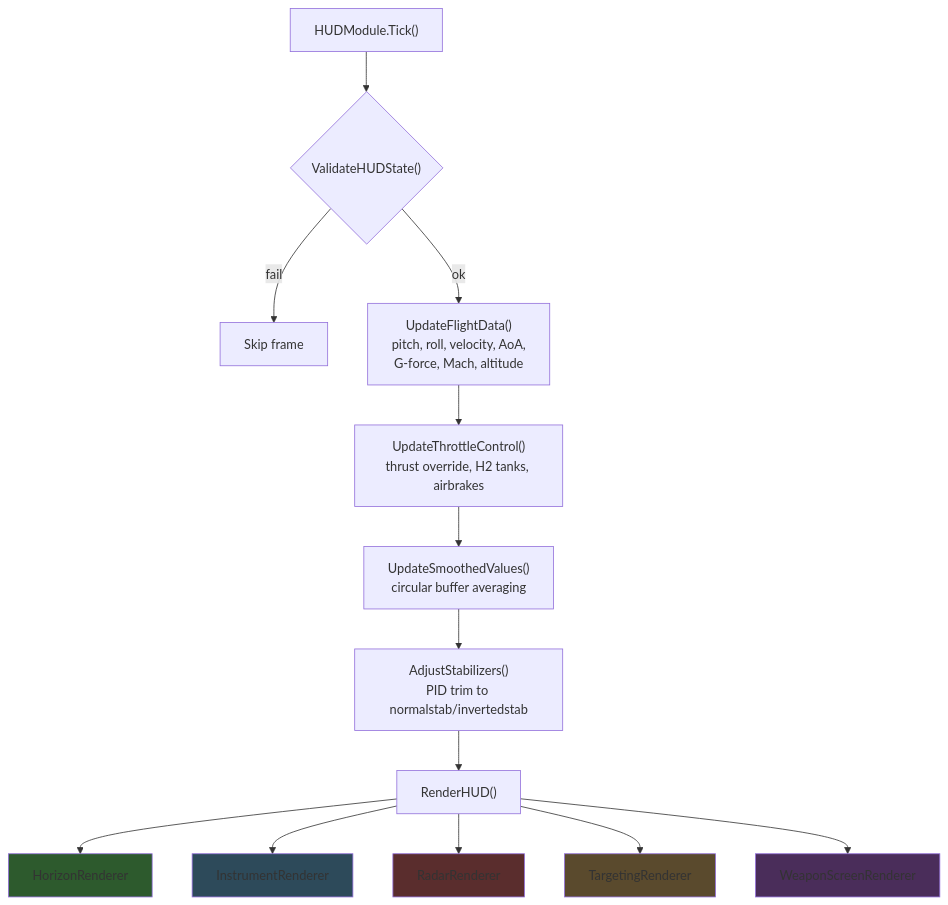
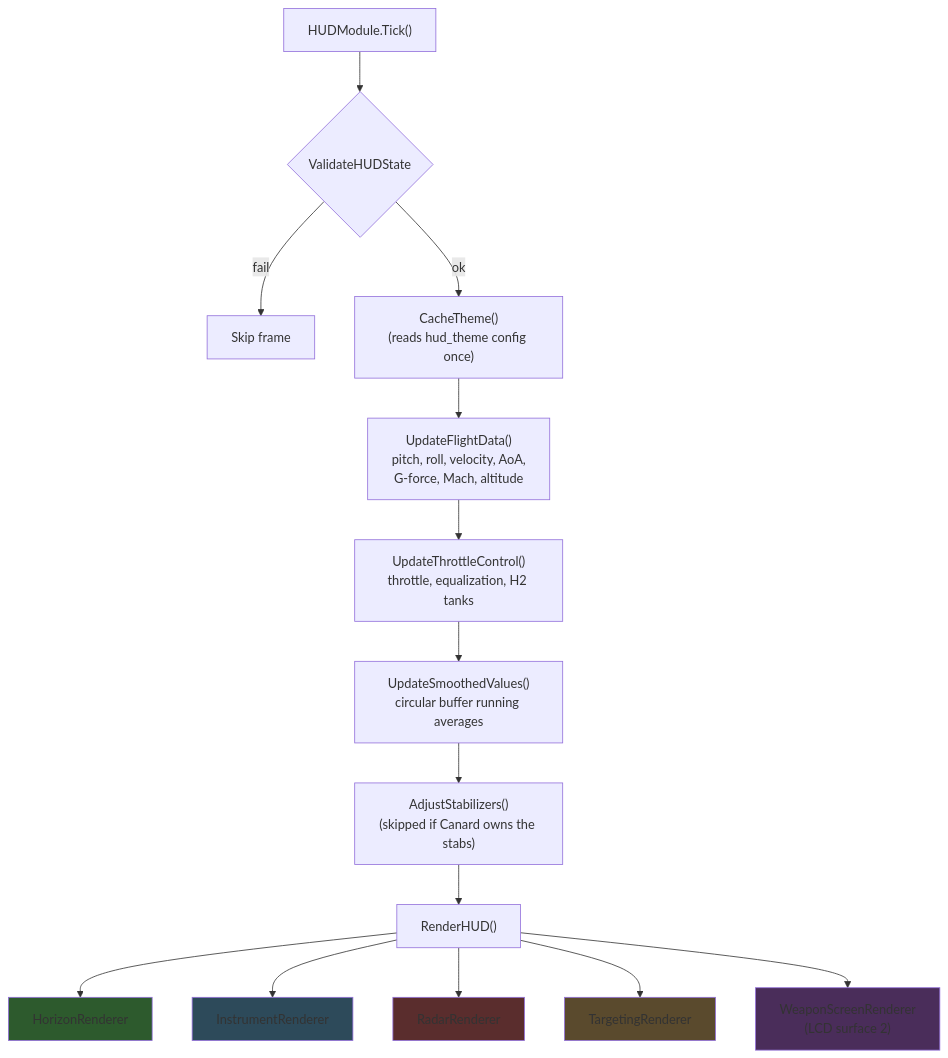
Before and after one commit to Terilia/JetOS: the first of 9 diagrams in docs/hud-rendering.md, drawn with Mermaid. The commit also changed other lines of this file and 23 other files, not shown here.

````diff
--- a/docs/hud-rendering.md
+++ b/docs/hud-rendering.md
@@ -7,22 +13,23 @@
 ```mermaid
 flowchart TD
-    TICK["HUDModule.Tick()"] --> VALID{"ValidateHUDState()"}
-    VALID -- "fail" --> SKIP["Skip frame"]
-    VALID -- "ok" --> FLIGHT["UpdateFlightData()\npitch, roll, velocity, AoA,\nG-force, Mach, altitude"]
-    FLIGHT --> THROTTLE["UpdateThrottleControl()\nthrust override, H2 tanks, airbrakes"]
-    THROTTLE --> SMOOTH["UpdateSmoothedValues()\ncircular buffer averaging"]
-    SMOOTH --> STAB["AdjustStabilizers()\nPID trim to normalstab/invertedstab"]
-    STAB --> RENDER["RenderHUD()"]
+    TICK["HUDModule.Tick()"] --> VAL{ValidateHUDState}
+    VAL -- "fail" --> SKIP["Skip frame"]
+    VAL -- "ok" --> CT["CacheTheme()<br/>(reads hud_theme config once)"]
+    CT --> FD["UpdateFlightData()<br/>pitch, roll, velocity, AoA,<br/>G-force, Mach, altitude"]
+    FD --> TH["UpdateThrottleControl()<br/>throttle, equalization, H2 tanks"]
+    TH --> SM["UpdateSmoothedValues()<br/>circular buffer running averages"]
+    SM --> ST["AdjustStabilizers()<br/>(skipped if Canard owns the stabs)"]
+    ST --> RH["RenderHUD()"]
 
-    RENDER --> R1["HorizonRenderer"]
-    RENDER --> R2["InstrumentRenderer"]
-    RENDER --> R3["RadarRenderer"]
-    RENDER --> R4["TargetingRenderer"]
-    RENDER --> R5["WeaponScreenRenderer"]
+    RH --> R1["HorizonRenderer"]
+    RH --> R2["InstrumentRenderer"]
+    RH --> R3["RadarRenderer"]
+    RH --> R4["TargetingRenderer"]
+    RH --> R5["WeaponScreenRenderer<br/>(LCD surface 2)"]
 
     style R1 fill:#2d5a2d
     style R2 fill:#2d4a5a
     style R3 fill:#5a2d2d
     style R4 fill:#5a4a2d
     style R5 fill:#4a2d5a
 ```
````
